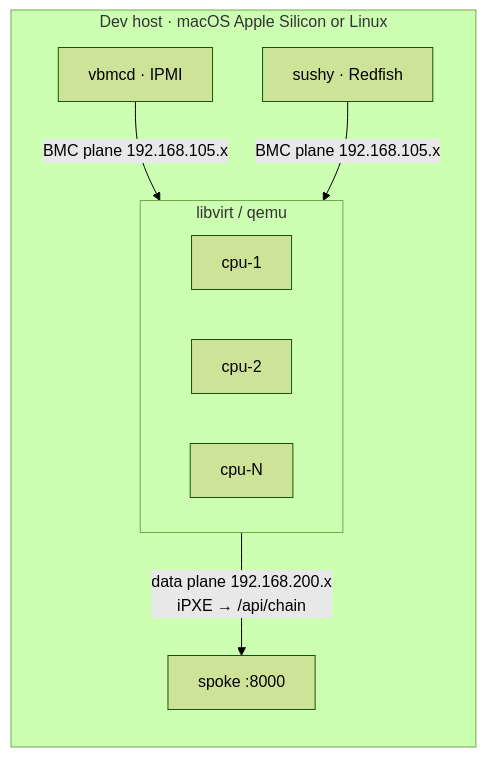
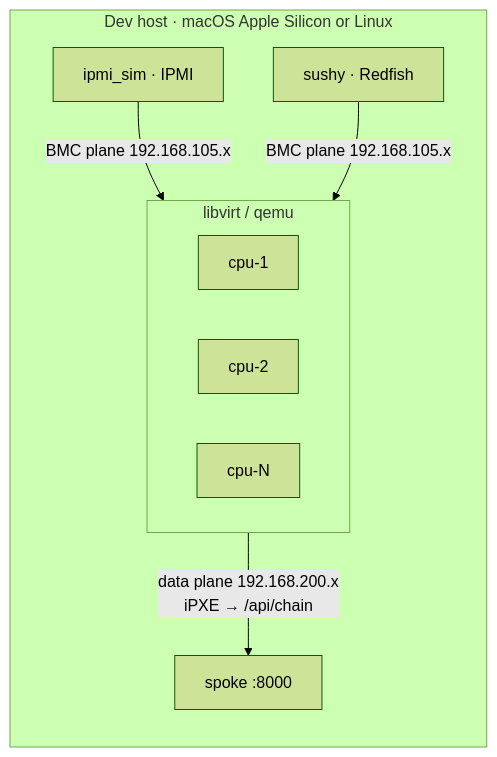
One commit to Hydra-Host/Brokkr changed the third of 4 diagrams in docs/architecture.md. Above: the diagram before and after it, drawn with Mermaid (forest theme). The commit also changed other lines of this file and 1002 other files, not shown here.

````diff
--- a/docs/architecture.md
+++ b/docs/architecture.md
@@ -126,17 +125,17 @@
 ```mermaid
 flowchart LR
     subgraph host["Dev host · macOS Apple Silicon or Linux"]
         spoke["spoke :8000"]
         subgraph vms["libvirt / qemu"]
             vm1[cpu-1]
             vm2[cpu-2]
             vmn[cpu-N]
         end
-        vbmc["vbmcd · IPMI"]
+        ipmisim["ipmi_sim · IPMI"]
         sushy["sushy · Redfish"]
     end
 
-    vbmc -->|"BMC plane 192.168.105.x"| vms
+    ipmisim -->|"BMC plane 192.168.105.x"| vms
     sushy -->|"BMC plane 192.168.105.x"| vms
     vms -->|"data plane 192.168.200.x<br/>iPXE → /api/chain"| spoke
 ```
````
